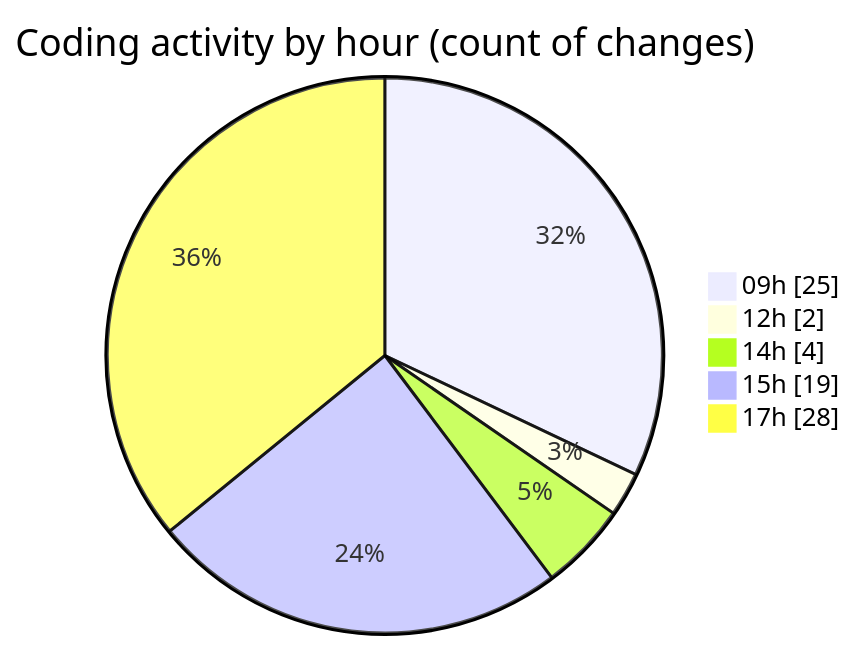
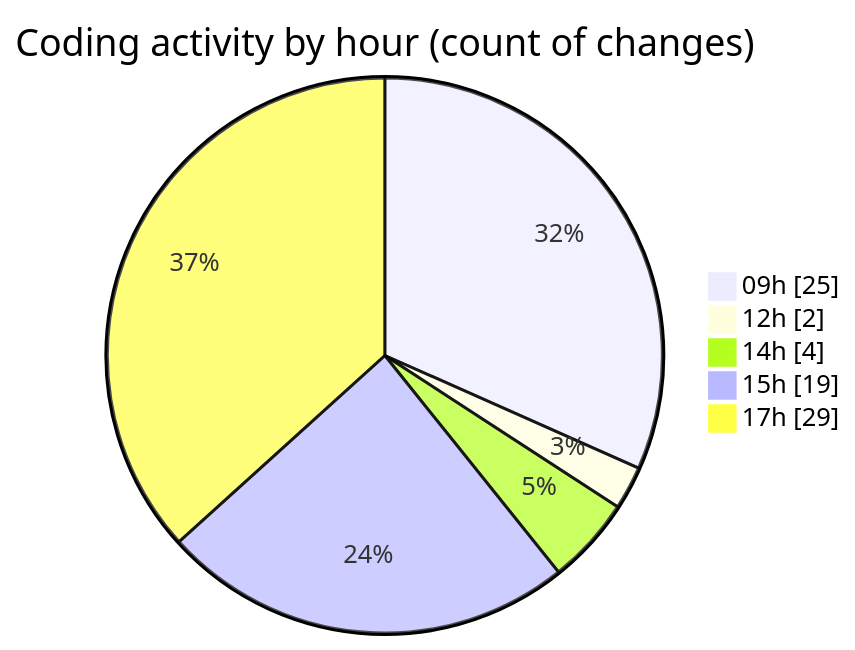
Before and after one commit to julien-gomy/code-tracking: the second of 2 diagrams in 2025-11-12/eventscop-frontend-guide__workspace_/README.md, drawn with Mermaid. The commit also changed other lines of this file and 1 other file, not shown here.

````diff
--- a/2025-11-12/eventscop-frontend-guide__workspace_/README.md
+++ b/2025-11-12/eventscop-frontend-guide__workspace_/README.md
@@ -50,9 +51,9 @@
 ```mermaid
 pie showData
 title Coding activity by hour (count of changes)
 "09h" : 25
 "12h" : 2
 "14h" : 4
 "15h" : 19
-"17h" : 28
+"17h" : 29
 ```
````
